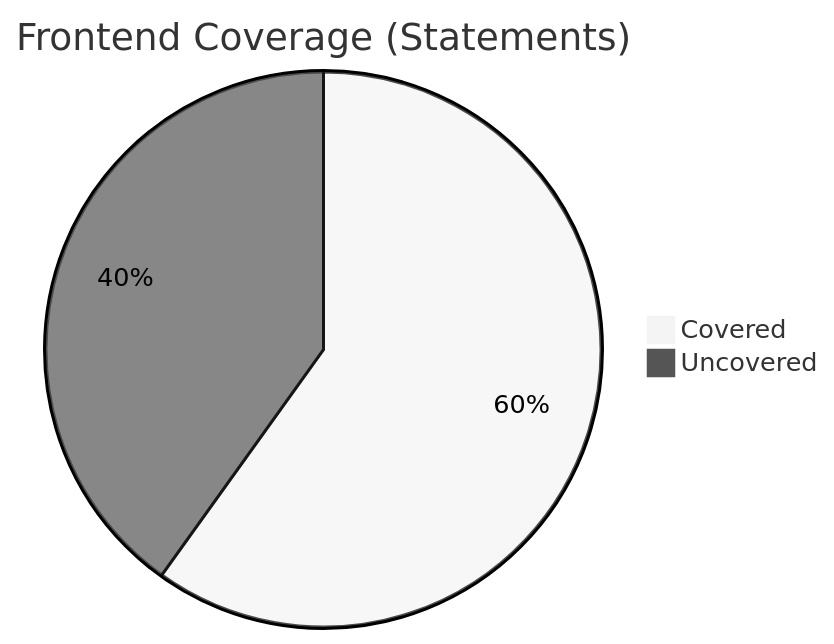
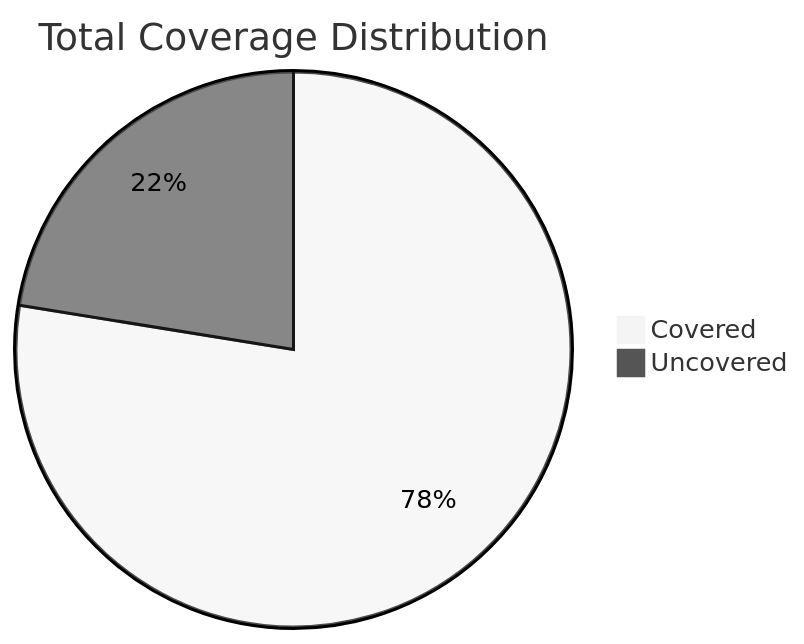
One commit to nurdwerks/jules-gemini3-chess-engine changed the second of 2 diagrams in COVERAGE_REPORT.md. Above: the diagram before and after it, drawn with Mermaid (neutral theme). The commit also changed other lines of this file and 9 other files, not shown here.

Commit message:
Unify E2E and Backend Coverage Reports with Mermaid Diagrams

````diff
--- a/COVERAGE_REPORT.md
+++ b/COVERAGE_REPORT.md
@@ -22,5 +244,5 @@
 ```mermaid
-pie title Frontend Coverage (Statements)
-    "Covered" : 59.9
-    "Uncovered" : 40.1
+pie title Total Coverage Distribution
+    "Covered" : 77.55
+    "Uncovered" : 22.45
 ```
````
